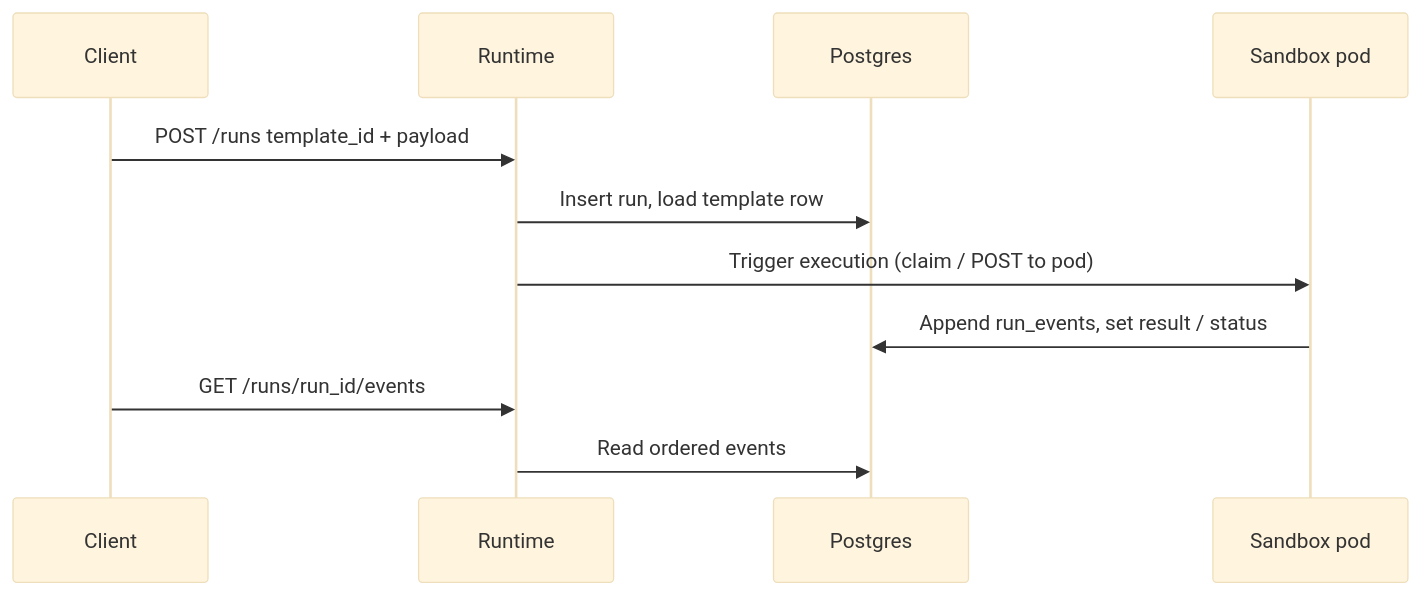
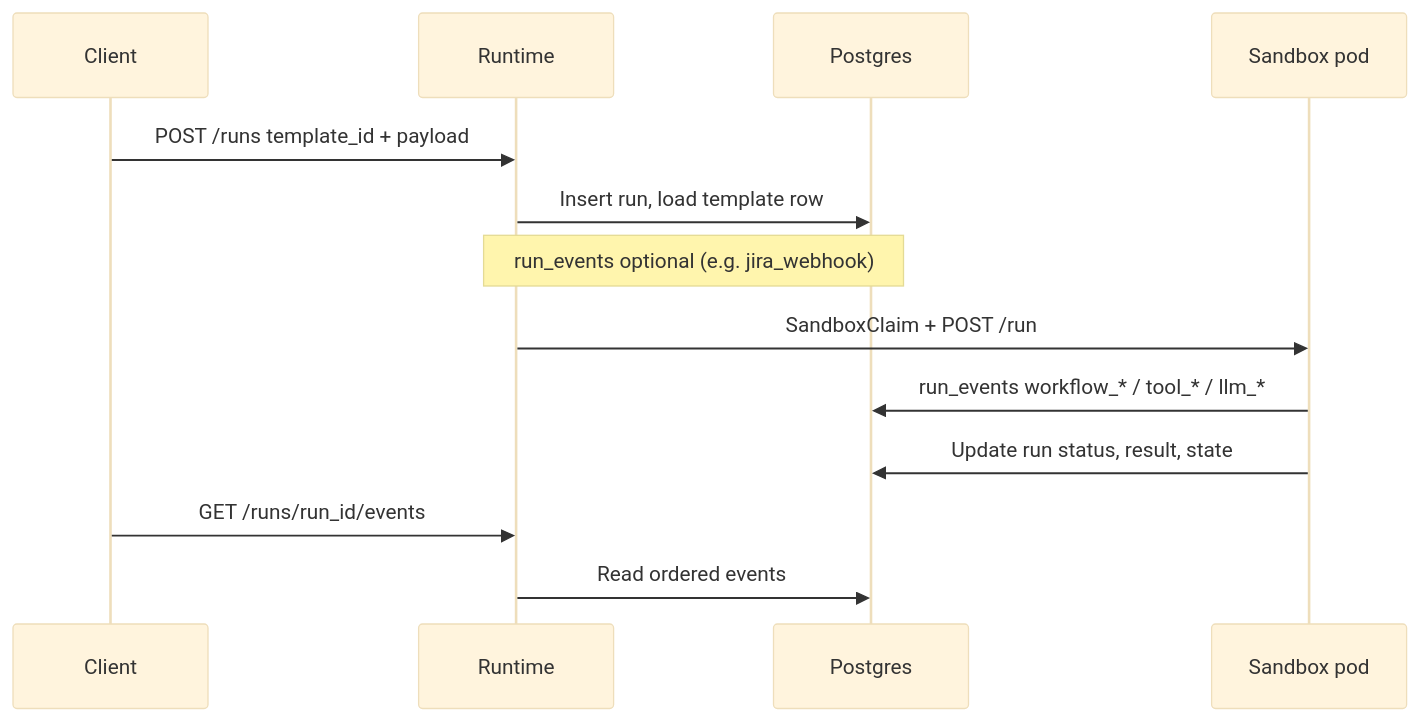
Before and after one commit to Yankit7039/bw-swarm: the second of 4 diagrams in docs/pages/concepts/data-flow.md, drawn with Mermaid (base theme). The commit also changed other lines of this file and 20 other files, not shown here.

````diff
--- a/docs/pages/concepts/data-flow.md
+++ b/docs/pages/concepts/data-flow.md
@@ -35,14 +35,16 @@
 ```mermaid
 sequenceDiagram
   participant C as Client
   participant R as Runtime
   participant P as Postgres
   participant S as Sandbox pod
 
   C->>R: POST /runs template_id + payload
   R->>P: Insert run, load template row
-  R->>S: Trigger execution (claim / POST to pod)
-  S->>P: Append run_events, set result / status
+  Note over R,P: run_events optional (e.g. jira_webhook)
+  R->>S: SandboxClaim + POST /run
+  S->>P: run_events workflow_* / tool_* / llm_*
+  S->>P: Update run status, result, state
   C->>R: GET /runs/run_id/events
   R->>P: Read ordered events
 ```
````
